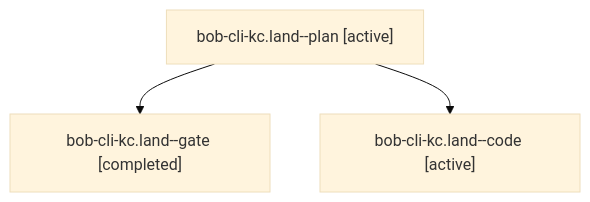
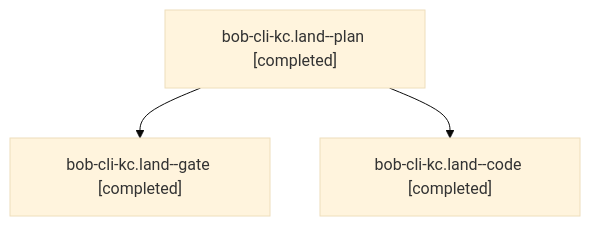
The diagram in sessions/bbugyi200.athena.bob-cli-kc.land.md (bobs-org/bob-cli--agents), drawn with Mermaid (base theme) before and after one commit. The commit also changed other lines of this file and 33 other files, not shown here.

````diff
--- a/sessions/bbugyi200.athena.bob-cli-kc.land.md
+++ b/sessions/bbugyi200.athena.bob-cli-kc.land.md
@@ -9,8 +9,8 @@
 ```mermaid
 flowchart TD
-  n0["bob-cli-kc.land--plan [active]"]
+  n0["bob-cli-kc.land--plan [completed]"]
   n1["bob-cli-kc.land--gate [completed]"]
   n0 --> n1
-  n2["bob-cli-kc.land--code [active]"]
+  n2["bob-cli-kc.land--code [completed]"]
   n0 --> n2
 ```
````
